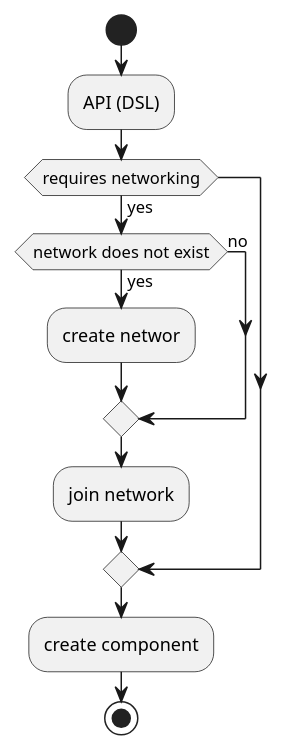
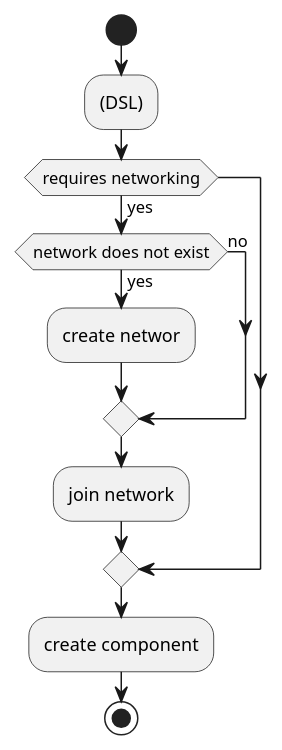
One commit to threefoldtech/zos changed the diagram in specs/network/network.wsd. Above: the diagram before and after it, drawn with PlantUML. The commit also changed 3 other files, not shown here.

```diff
--- a/specs/network/network.wsd
+++ b/specs/network/network.wsd
@@ -1,13 +1,13 @@
 @startuml
 start 
-:API (DSL);
+:(DSL);
 if (requires networking) then (yes)
     if (network does not exist) then (yes)
         :create networ;
     else (no)
     endif
     :join network;
 endif
 :create component;
 stop
 @enduml
```
